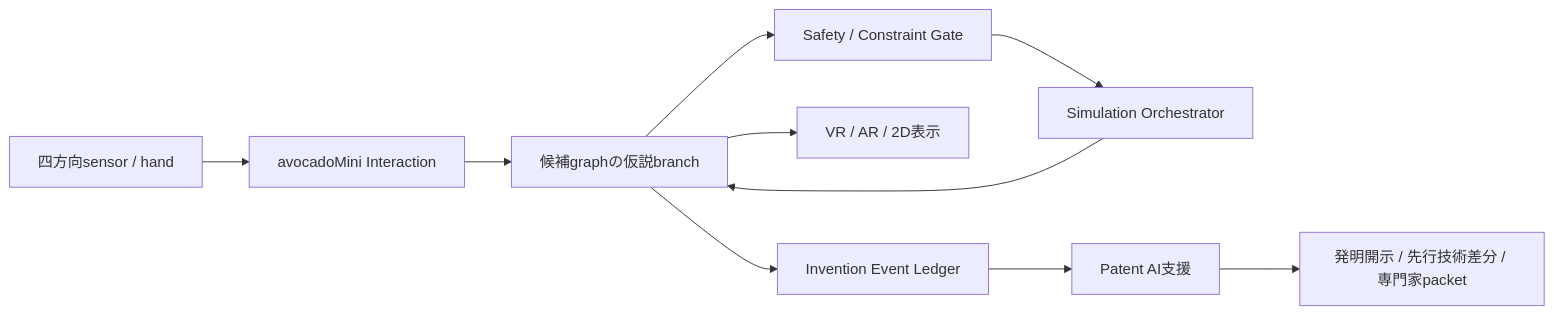
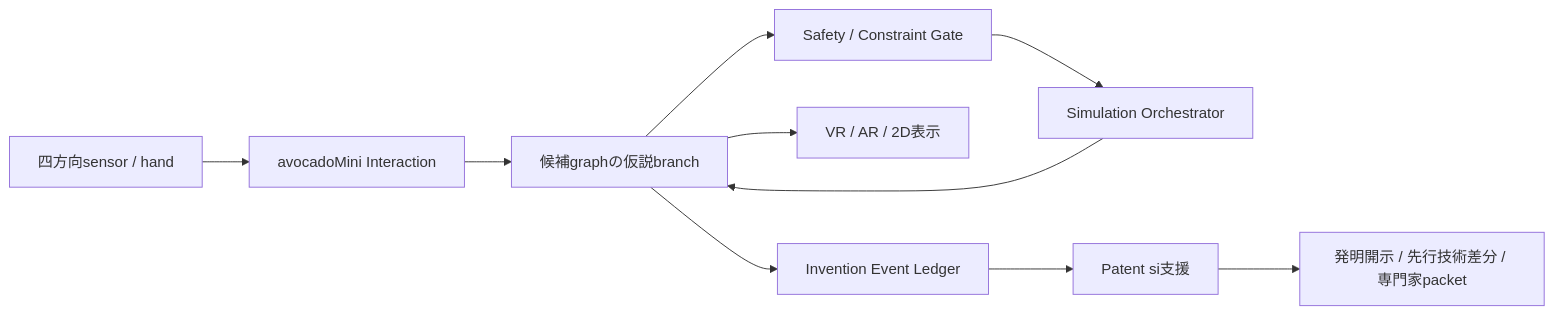
Before and after one commit to k999ln/rock: the diagram in docs/material-invention-core.md, drawn with Mermaid. The commit also changed other lines of this file and 175 other files, not shown here.

````diff
--- a/docs/material-invention-core.md
+++ b/docs/material-invention-core.md
@@ -11,12 +11,12 @@
 ```mermaid
 flowchart LR
   H[四方向sensor / hand] --> A[avocadoMini Interaction]
   A --> G[候補graphの仮説branch]
   G --> S[Safety / Constraint Gate]
   S --> M[Simulation Orchestrator]
   M --> G
   G --> V[VR / AR / 2D表示]
   G --> L[Invention Event Ledger]
-  L --> P[Patent AI支援]
+  L --> P[Patent si支援]
   P --> D[発明開示 / 先行技術差分 / 専門家packet]
 ```
````
